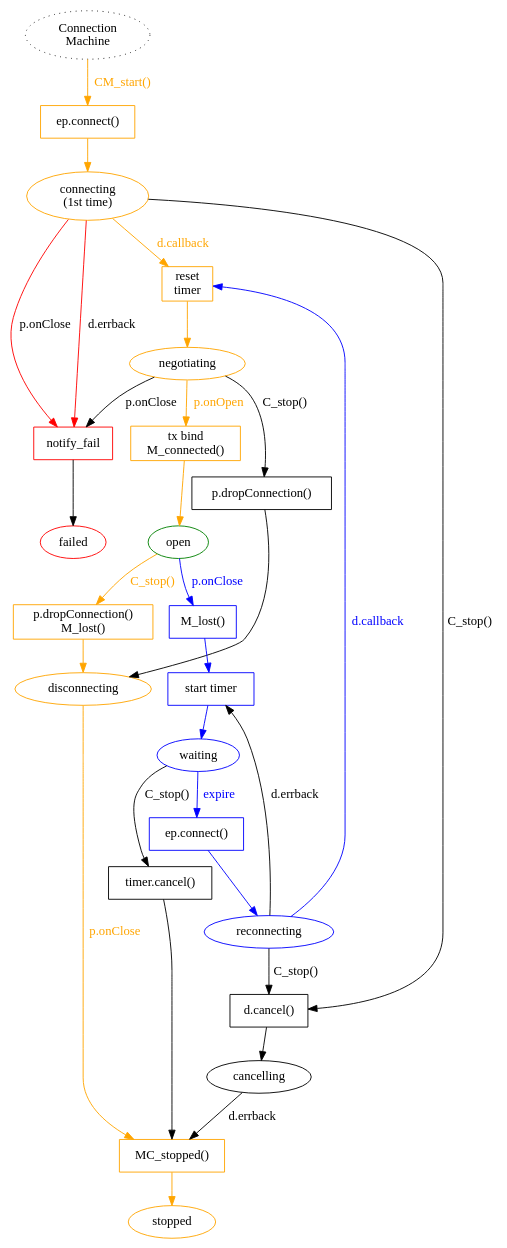
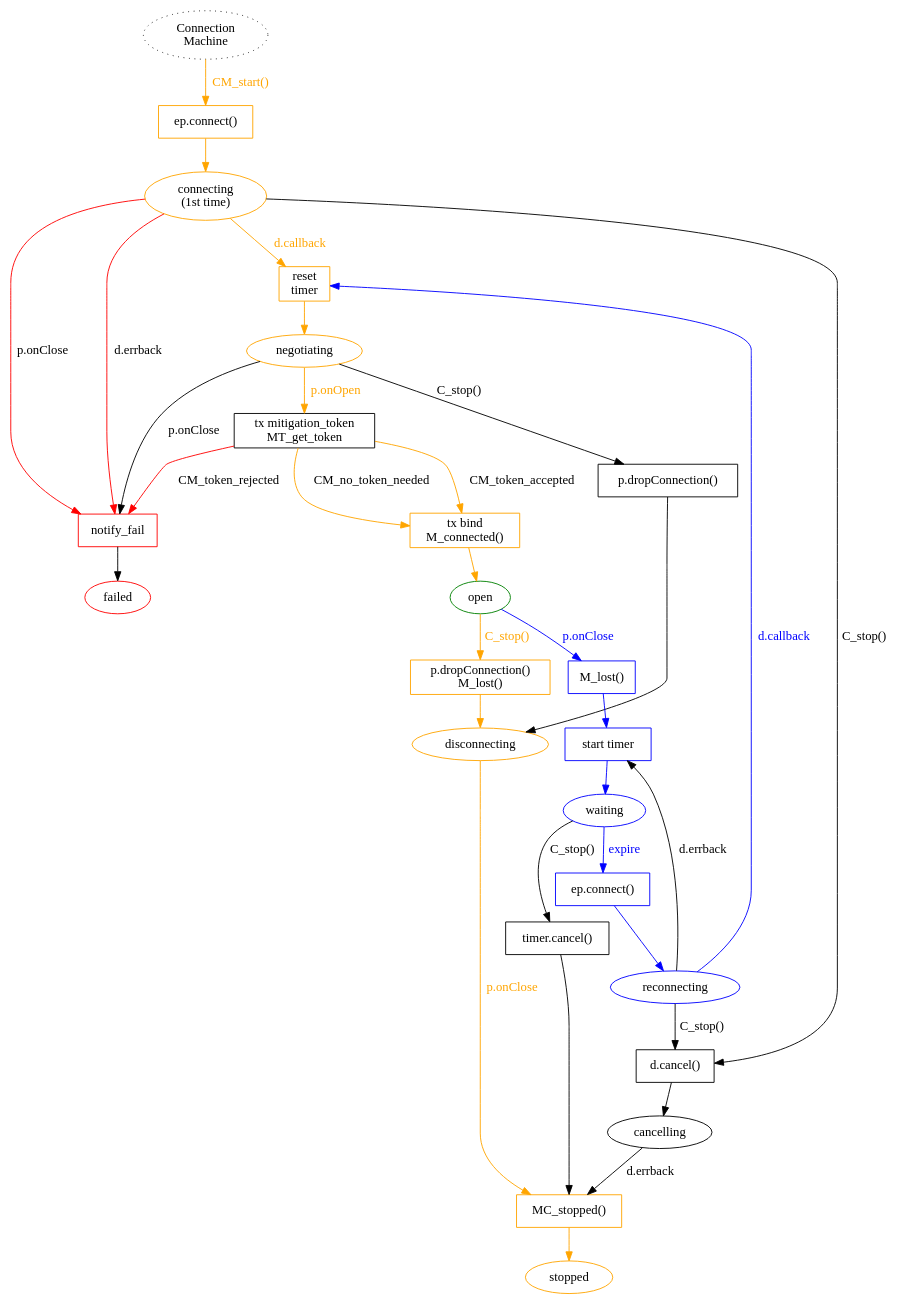
One commit to magic-wormhole/magic-wormhole changed the diagram in docs/state-machines/_connection.dot. Above: the diagram before and after it, drawn with Graphviz. The commit also changed 1 other file, not shown here.

Commit message:
first hack at mitigation-token

```diff
--- a/docs/state-machines/_connection.dot
+++ b/docs/state-machines/_connection.dot
@@ -1,76 +1,82 @@
 digraph {
         /* note: this is nominally what we want from the machine that
          establishes the WebSocket connection (and re-establishes it when it
          is lost). We aren't using this yet; for now we're relying upon
          twisted.application.internet.ClientService, which does reconnection
          and random exponential backoff.
 
          The one thing it doesn't do is fail entirely when the first
          connection attempt fails, which I think would be good for usability.
          If the first attempt fails, it's probably because you don't have a
          network connection, or the hostname is wrong, or the service has
          been retired entirely. And retrying silently forever is not being
          honest with the user.
 
          So I'm keeping this diagram around, as a reminder of how we'd like
          to modify ClientService. */
 
 
         /* ConnectionMachine */
         C_start [label="Connection\nMachine" style="dotted"]
         C_start -> C_Pc1 [label="CM_start()" color="orange" fontcolor="orange"]
         C_Pc1 [shape="box" label="ep.connect()" color="orange"]
         C_Pc1 -> C_Sc1 [color="orange"]
         C_Sc1 [label="connecting\n(1st time)" color="orange"]
         C_Sc1 -> C_P_reset [label="d.callback" color="orange" fontcolor="orange"]
         C_P_reset [shape="box" label="reset\ntimer" color="orange"]
         C_P_reset -> C_S_negotiating [color="orange"]
         C_Sc1 -> C_P_failed [label="d.errback" color="red"]
         C_Sc1 -> C_P_failed [label="p.onClose" color="red"]
         C_Sc1 -> C_P_cancel [label="C_stop()"]
         C_P_cancel [shape="box" label="d.cancel()"]
         C_P_cancel -> C_S_cancelling
         C_S_cancelling [label="cancelling"]
         C_S_cancelling -> C_P_stopped [label="d.errback"]
 
         C_S_negotiating [label="negotiating" color="orange"]
         C_S_negotiating -> C_P_failed [label="p.onClose"]
-        C_S_negotiating -> C_P_connected [label="p.onOpen" color="orange" fontcolor="orange"]
+        C_S_negotiating -> C_P_await_mitigation [label="p.onOpen" color="orange" fontcolor="orange"]
         C_S_negotiating -> C_P_drop2 [label="C_stop()"]
         C_P_drop2 [shape="box" label="p.dropConnection()"]
         C_P_drop2 -> C_S_disconnecting
+
+        C_P_await_mitigation [shape="box" label="tx mitigation_token\nMT_get_token"]
+        C_P_await_mitigation -> C_P_connected [label="CM_token_accepted" color="orange"]
+        C_P_await_mitigation -> C_P_connected [label="CM_no_token_needed" color="orange"]
+        C_P_await_mitigation -> C_P_failed [label="CM_token_rejected" color="red"]
+
         C_P_connected [shape="box" label="tx bind\nM_connected()" color="orange"]
         C_P_connected -> C_S_open [color="orange"]
 
         C_S_open [label="open" color="green"]
         C_S_open -> C_P_lost [label="p.onClose" color="blue" fontcolor="blue"]
         C_S_open -> C_P_drop [label="C_stop()" color="orange" fontcolor="orange"]
         C_P_drop [shape="box" label="p.dropConnection()\nM_lost()" color="orange"]
         C_P_drop -> C_S_disconnecting [color="orange"]
         C_S_disconnecting [label="disconnecting" color="orange"]
         C_S_disconnecting -> C_P_stopped [label="p.onClose" color="orange" fontcolor="orange"]
 
         C_P_lost [shape="box" label="M_lost()" color="blue"]
         C_P_lost -> C_P_wait [color="blue"]
         C_P_wait [shape="box" label="start timer" color="blue"]
         C_P_wait -> C_S_waiting [color="blue"]
         C_S_waiting [label="waiting" color="blue"]
         C_S_waiting -> C_Pc2 [label="expire" color="blue" fontcolor="blue"]
         C_S_waiting -> C_P_stop_timer [label="C_stop()"]
         C_P_stop_timer [shape="box" label="timer.cancel()"]
         C_P_stop_timer -> C_P_stopped
         C_Pc2 [shape="box" label="ep.connect()" color="blue"]
         C_Pc2 -> C_Sc2 [color="blue"]
         C_Sc2 [label="reconnecting" color="blue"]
         C_Sc2 -> C_P_reset [label="d.callback" color="blue" fontcolor="blue"]
         C_Sc2 -> C_P_wait [label="d.errback"]
         C_Sc2 -> C_P_cancel [label="C_stop()"]
 
         C_P_stopped [shape="box" label="MC_stopped()" color="orange"]
         C_P_stopped -> C_S_stopped [color="orange"]
         C_S_stopped [label="stopped" color="orange"]
 
         C_P_failed [shape="box" label="notify_fail" color="red"]
         C_P_failed -> C_S_failed
         C_S_failed [label="failed" color="red"]
 }
```
